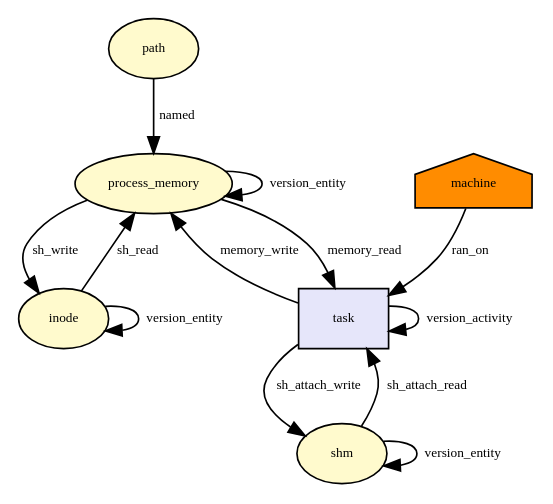
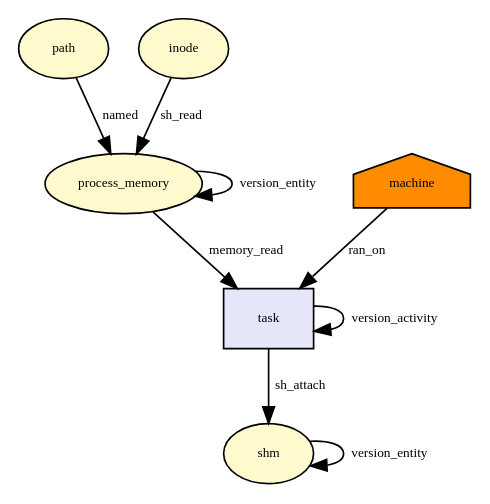
One commit to CamFlow/camflow-dev changed the diagram in docs/dot/shm_shmat.dot. Above: the diagram before and after it, drawn with Graphviz. The commit also changed 6 other files, not shown here.

Commit message:
RL_SH_ATTACH_READ & RL_SH_ATTACH_WRITE -> RL_SH_ATTACH

```diff
--- a/docs/dot/shm_shmat.dot
+++ b/docs/dot/shm_shmat.dot
@@ -1,37 +1,29 @@
 digraph RGL__DirectedAdjacencyGraph {path[fontsize = 8,label = path,shape = ellipse, fillcolor="#fffacd", style = filled]
 
 process_memory[fontsize = 8,label = process_memory,shape = ellipse, fillcolor="#fffacd", style = filled]
 
 path -> process_memory[fontsize = 8,label = named]
 
 machine[fontsize = 8,label = machine,shape = house, fillcolor="#ff8c00", style = filled]
 
 task[fontsize = 8,label = task,shape = rectangle, fillcolor="#e6e6fa", style = filled]
 
 machine -> task[fontsize = 8,label = ran_on]
 
+process_memory -> task[fontsize = 8,label = memory_read]
+
 shm[fontsize = 8,label = shm,shape = ellipse, fillcolor="#fffacd", style = filled]
 
-shm -> task[fontsize = 8,label = sh_attach_read]
-
-task -> process_memory[fontsize = 8,label = memory_write]
+task -> shm[fontsize = 8,label = sh_attach]
 
 task -> task[fontsize = 8,label = version_activity]
 
-process_memory -> process_memory[fontsize = 8,label = version_entity]
+shm -> shm[fontsize = 8,label = version_entity]
 
 inode[fontsize = 8,label = inode,shape = ellipse, fillcolor="#fffacd", style = filled]
 
-process_memory -> inode[fontsize = 8,label = sh_write]
-
-inode -> inode[fontsize = 8,label = version_entity]
-
-process_memory -> task[fontsize = 8,label = memory_read]
-
-task -> shm[fontsize = 8,label = sh_attach_write]
-
-shm -> shm[fontsize = 8,label = version_entity]
-
 inode -> process_memory[fontsize = 8,label = sh_read]
 
+process_memory -> process_memory[fontsize = 8,label = version_entity]
+
 }
```
